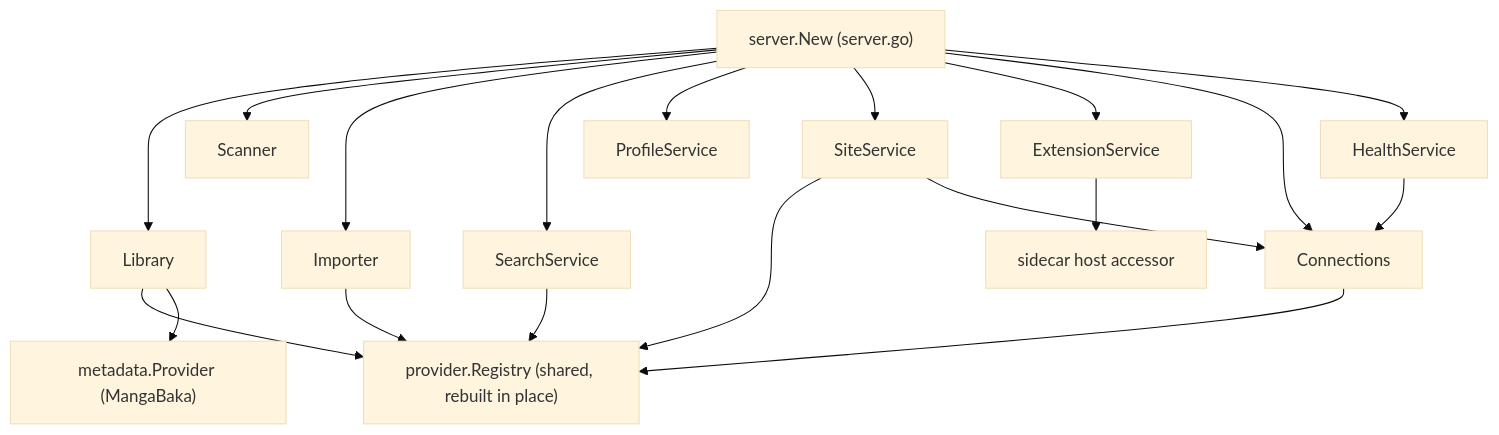
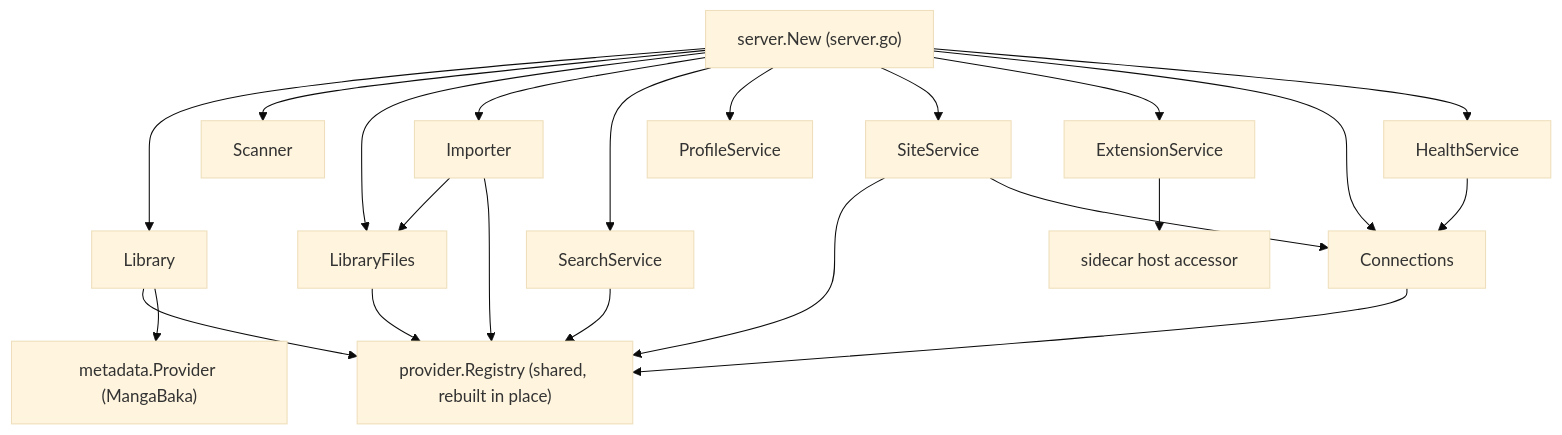
One commit to h-wb/sento changed the third of 6 diagrams in docs/architecture.md. Above: the diagram before and after it, drawn with Mermaid (base theme). The commit also changed other lines of this file and 51 other files, not shown here.

First line of the commit message:
refactor(service): split Importer into the queue and LibraryFiles

````diff
--- a/docs/architecture.md
+++ b/docs/architecture.md
@@ -180,21 +181,24 @@
 ```mermaid
 flowchart TD
     server["server.New (server.go)"] --> library["Library"]
     server --> scanner["Scanner"]
+    server --> files["LibraryFiles"]
     server --> importer["Importer"]
+    importer --> files
     server --> search["SearchService"]
     server --> profiles["ProfileService"]
     server --> sites["SiteService"]
     server --> extensions["ExtensionService"]
     server --> conns["Connections"]
     server --> health["HealthService"]
     conns --> registry["provider.Registry (shared, rebuilt in place)"]
     library --> registry
     importer --> registry
+    files --> registry
     search --> registry
     sites --> registry
     library --> md["metadata.Provider (MangaBaka)"]
     health --> conns
     sites --> conns
     extensions --> host["sidecar host accessor"]
 ```
````
